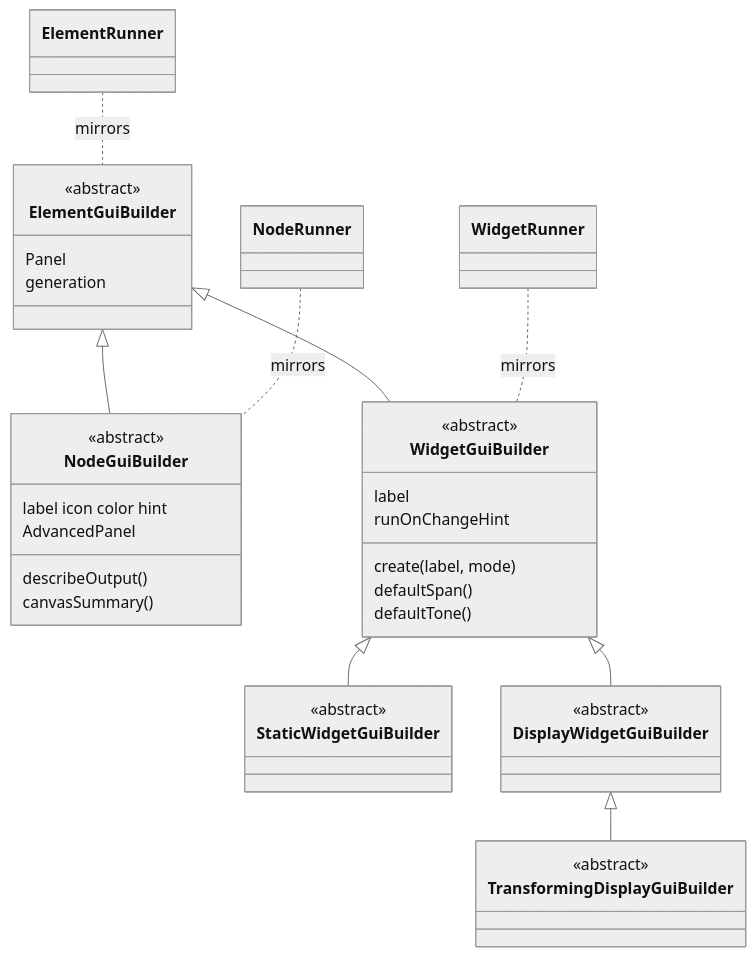
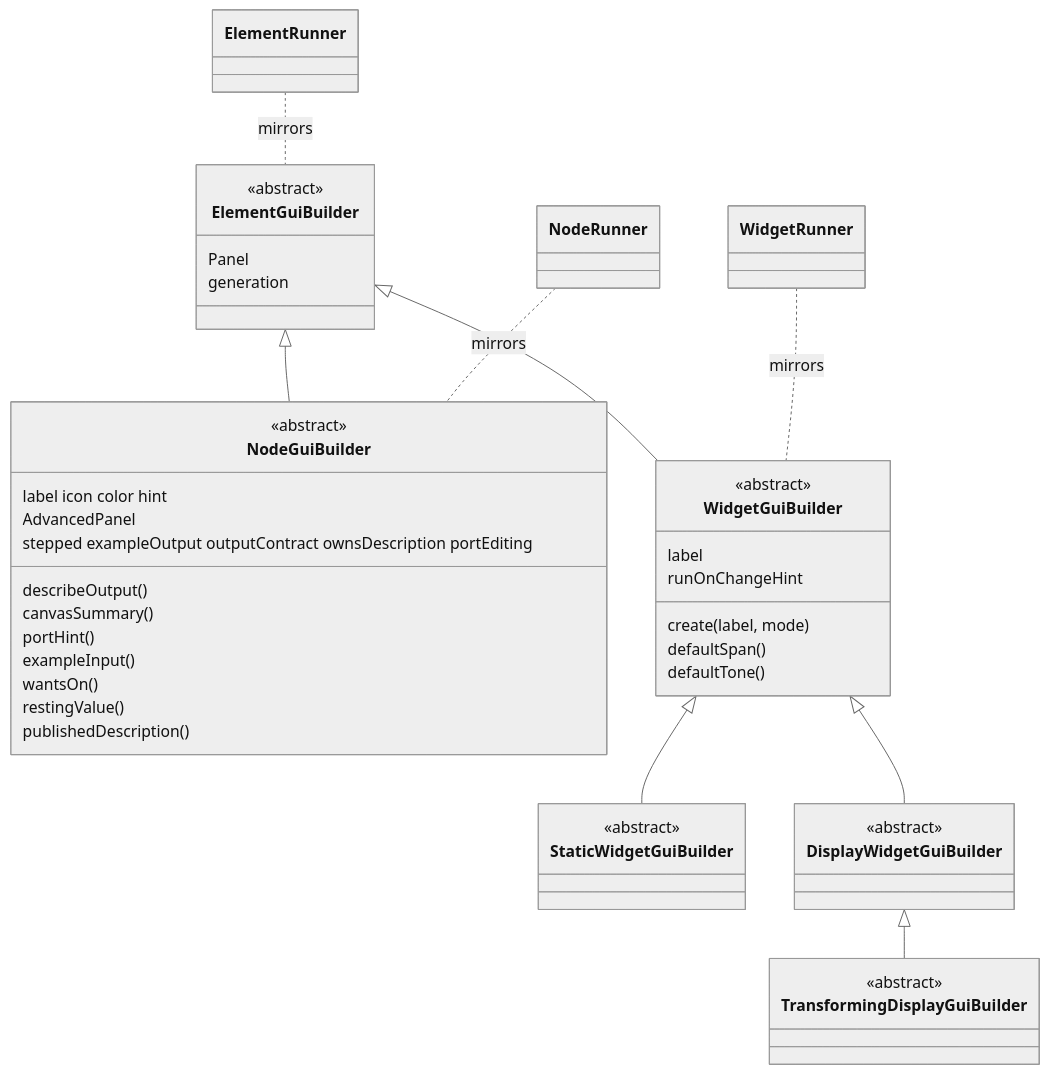
One commit to Archimedes79/AI_Graph changed the fifth of 8 diagrams in arch/overview.md. Above: the diagram before and after it, drawn with Mermaid (neutral theme). The commit also changed other lines of this file, not shown here.

````diff
--- a/arch/overview.md
+++ b/arch/overview.md
@@ -264,40 +269,46 @@
 ```mermaid
 classDiagram
   class ElementGuiBuilder {
     <<abstract>>
     Panel
     generation
   }
   class NodeGuiBuilder {
     <<abstract>>
     label icon color hint
     AdvancedPanel
     describeOutput()
     canvasSummary()
+    stepped exampleOutput outputContract ownsDescription portEditing
+    portHint()
+    exampleInput()
+    wantsOn()
+    restingValue()
+    publishedDescription()
   }
   class WidgetGuiBuilder {
     <<abstract>>
     label
     create(label, mode)
     defaultSpan()
     defaultTone()
     runOnChangeHint
   }
   class StaticWidgetGuiBuilder {
     <<abstract>>
   }
   class DisplayWidgetGuiBuilder {
     <<abstract>>
   }
   class TransformingDisplayGuiBuilder {
     <<abstract>>
   }
   ElementGuiBuilder <|-- NodeGuiBuilder
   ElementGuiBuilder <|-- WidgetGuiBuilder
   WidgetGuiBuilder <|-- StaticWidgetGuiBuilder
   WidgetGuiBuilder <|-- DisplayWidgetGuiBuilder
   DisplayWidgetGuiBuilder <|-- TransformingDisplayGuiBuilder
   ElementRunner .. ElementGuiBuilder : mirrors
   NodeRunner .. NodeGuiBuilder : mirrors
   WidgetRunner .. WidgetGuiBuilder : mirrors
 ```
````
